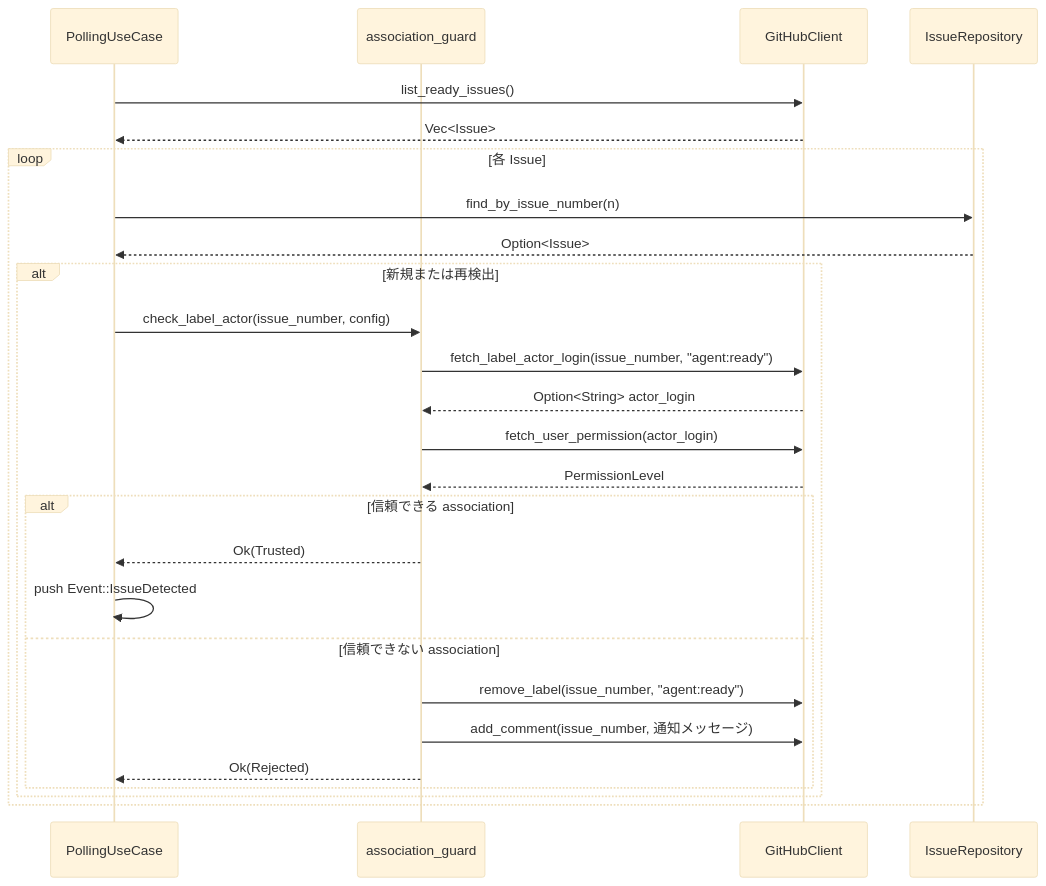
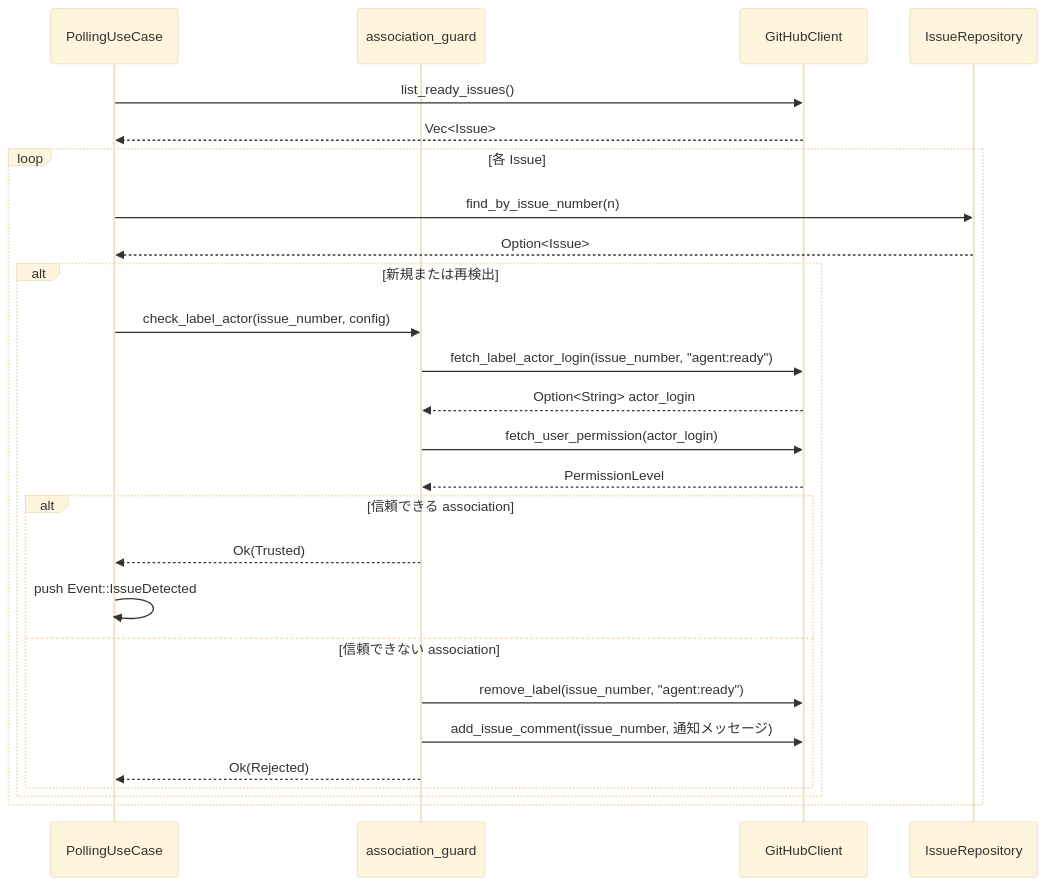
The second of 3 diagrams in .cupola/specs/trusted-associations-auth-guard/design.md (kyuki3rain/cupola), drawn with Mermaid (base theme) before and after one commit. The commit also changed other lines of this file and 3 other files, not shown here.

````diff
--- a/.cupola/specs/trusted-associations-auth-guard/design.md
+++ b/.cupola/specs/trusted-associations-auth-guard/design.md
@@ -93,29 +93,29 @@
 ```mermaid
 sequenceDiagram
     participant Polling as PollingUseCase
     participant Guard as association_guard
     participant GitHub as GitHubClient
     participant DB as IssueRepository
 
     Polling->>GitHub: list_ready_issues()
     GitHub-->>Polling: Vec<Issue>
     loop 各 Issue
         Polling->>DB: find_by_issue_number(n)
         DB-->>Polling: Option<Issue>
         alt 新規または再検出
             Polling->>Guard: check_label_actor(issue_number, config)
             Guard->>GitHub: fetch_label_actor_login(issue_number, "agent:ready")
             GitHub-->>Guard: Option<String> actor_login
             Guard->>GitHub: fetch_user_permission(actor_login)
             GitHub-->>Guard: PermissionLevel
             alt 信頼できる association
                 Guard-->>Polling: Ok(Trusted)
                 Polling->>Polling: push Event::IssueDetected
             else 信頼できない association
                 Guard->>GitHub: remove_label(issue_number, "agent:ready")
-                Guard->>GitHub: add_comment(issue_number, 通知メッセージ)
+                Guard->>GitHub: add_issue_comment(issue_number, 通知メッセージ)
                 Guard-->>Polling: Ok(Rejected)
             end
         end
     end
 ```
````
